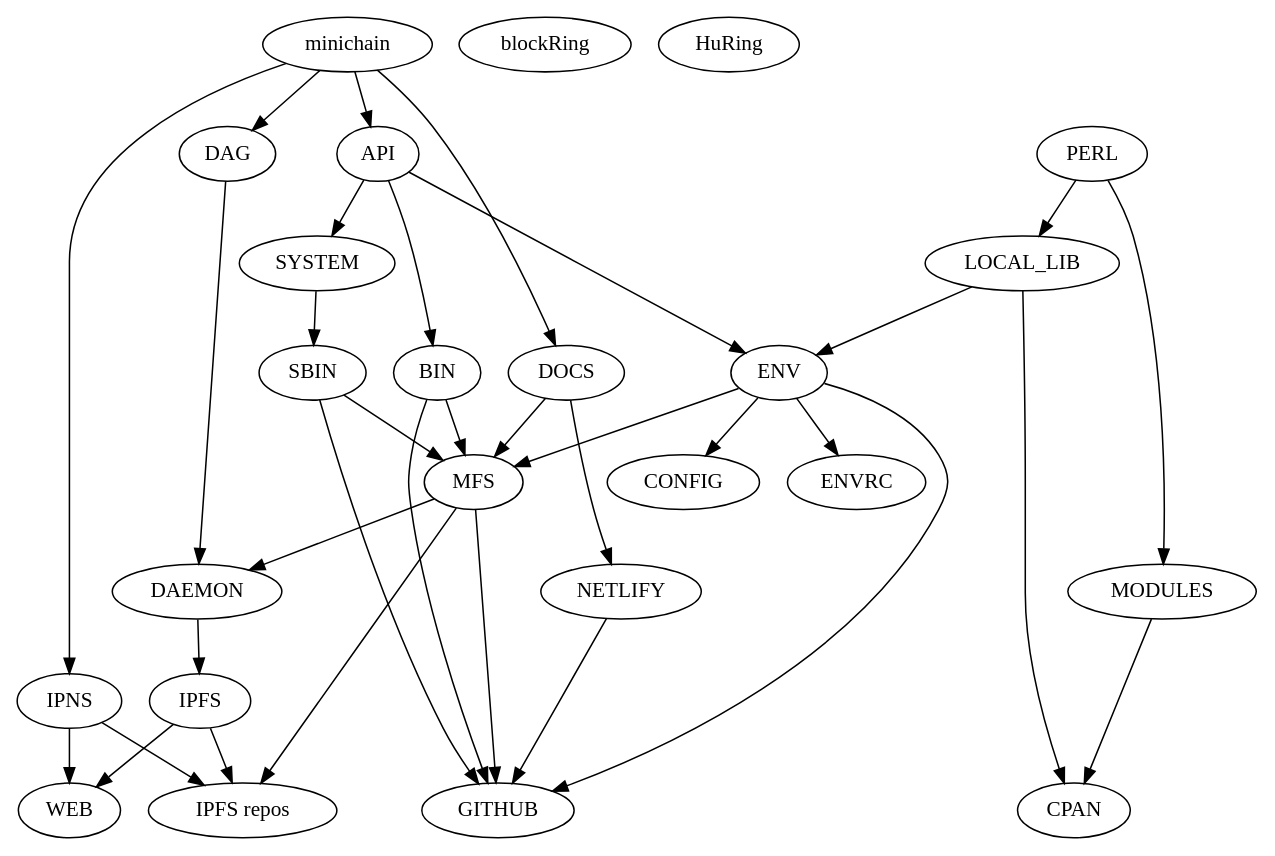
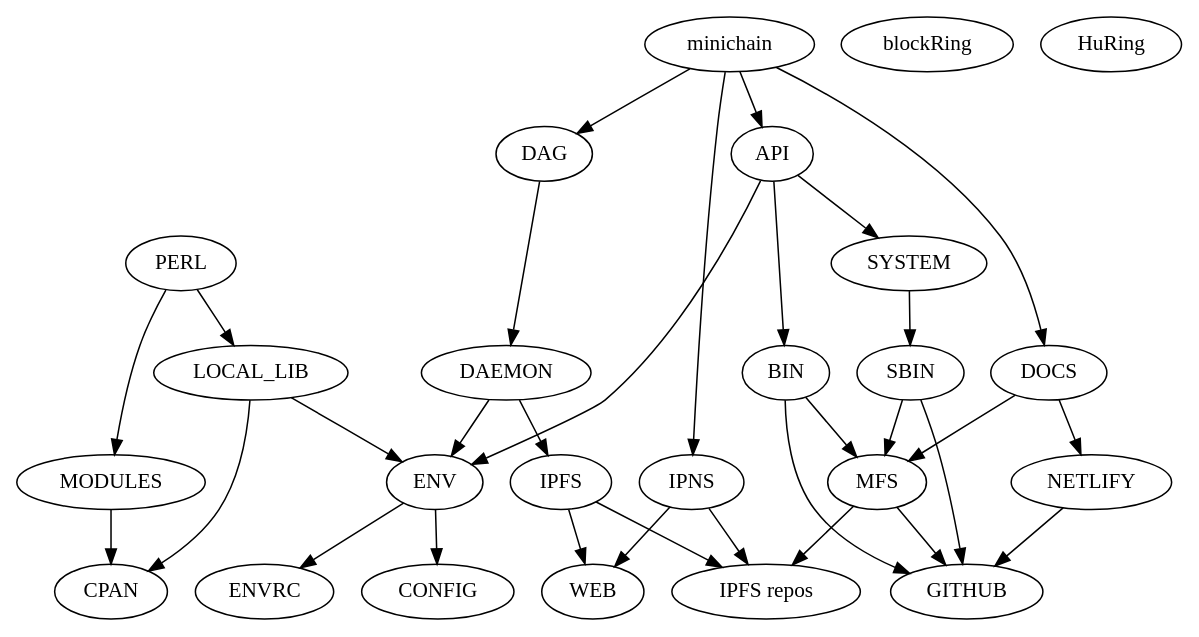
One commit to GradualQuanta/minichain changed the diagram in deps.dot. Above: the diagram before and after it, drawn with Graphviz. The commit also changed 4 other files, not shown here.

```diff
--- a/deps.dot
+++ b/deps.dot
@@ -1,35 +1,35 @@
 // partir de ce que l'on veut au lieu de ce que l'on a !
 
 digraph IRP {
 
    minichain -> { DAG, IPNS, API, DOCS }
 
    API -> { BIN, SYSTEM, ENV }
    DAG -> DAEMON
    SYSTEM -> SBIN 
 
-   { BIN, SBIN, ENV } -> { GITHUB, MFS }
+   { BIN, SBIN } -> { GITHUB, MFS }
    DOCS -> { MFS, NETLIFY }
-   { MFS, NETLIFY } -> GITHUB
+   NETLIFY -> GITHUB
 
    PERL -> { LOCAL_LIB, MODULES }
    LOCAL_LIB -> { CPAN, ENV }
    MODULES -> CPAN
 
-   DAEMON -> IPFS 
+   DAEMON -> { IPFS, ENV }
    { IPFS, IPNS }  -> { WEB, DIST }
-   { MFS } -> { DIST, DAEMON }
+   { MFS } -> { GITHUB, DIST }
 
    ENV -> { CONFIG, ENVRC }
 
   DIST [label="IPFS repos"]
 
   { rank=same; minichain, blockRing, HuRing }
   { rank=same; CPAN, GITHUB, WEB, DIST }
 
 }
 
 // CACHE {
 // IPFS: Qm!#%^@$^
 // BRNG: Qm!36236
 // }
```
